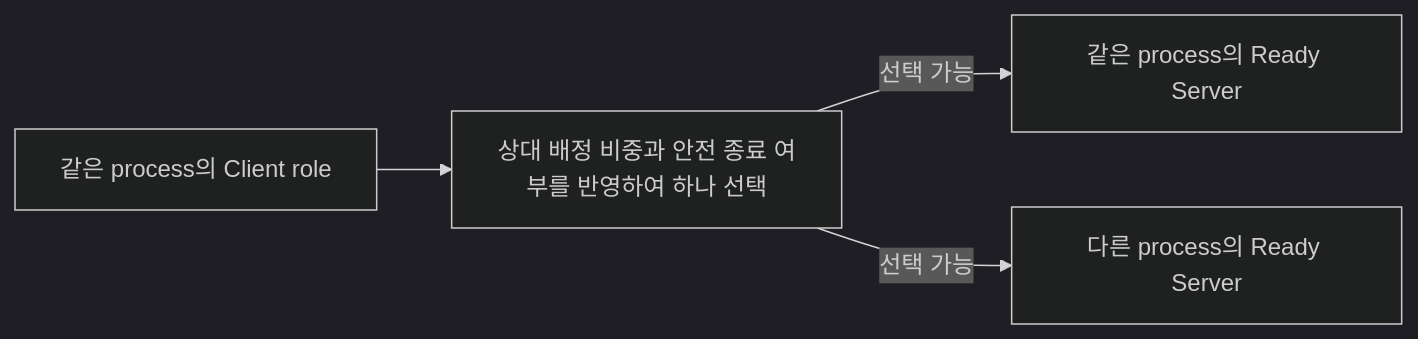
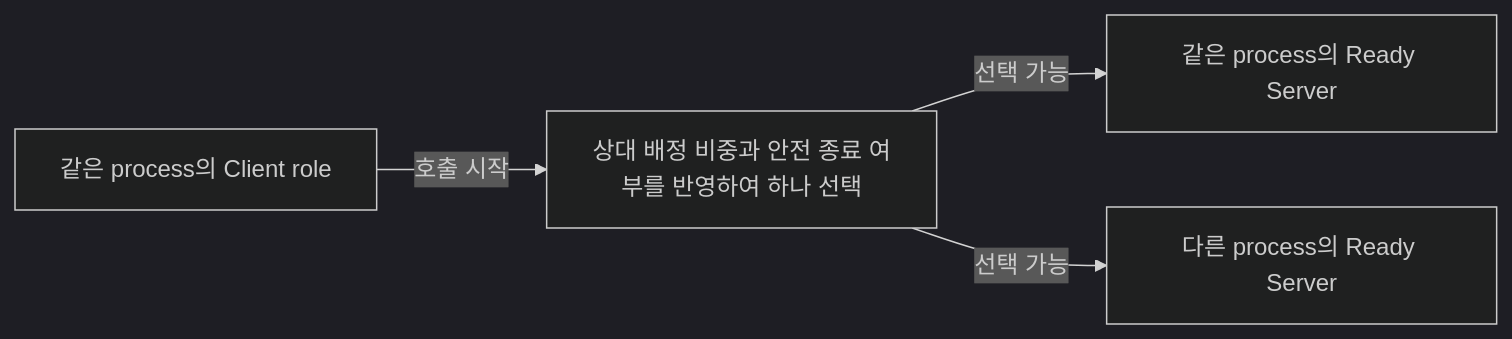
Before and after one commit to kairos-code-dev/zlink: the first of 2 diagrams in framework/doc/framework/common/spec/12-client-server-channel.ko.md, drawn with Mermaid (dark theme). The commit also changed other lines of this file and 385 other files, not shown here.

````diff
--- a/framework/doc/framework/common/spec/12-client-server-channel.ko.md
+++ b/framework/doc/framework/common/spec/12-client-server-channel.ko.md
@@ -273,11 +277,11 @@
 ```mermaid
 flowchart LR
     C["같은 process의 Client role"]
     S1["같은 process의 Ready Server"]
     S2["다른 process의 Ready Server"]
     Pick["상대 배정 비중과 안전 종료 여부를 반영하여 하나 선택"]
 
-    C --> Pick
+    C -->|호출 시작| Pick
     Pick -->|선택 가능| S1
     Pick -->|선택 가능| S2
 ```
````
